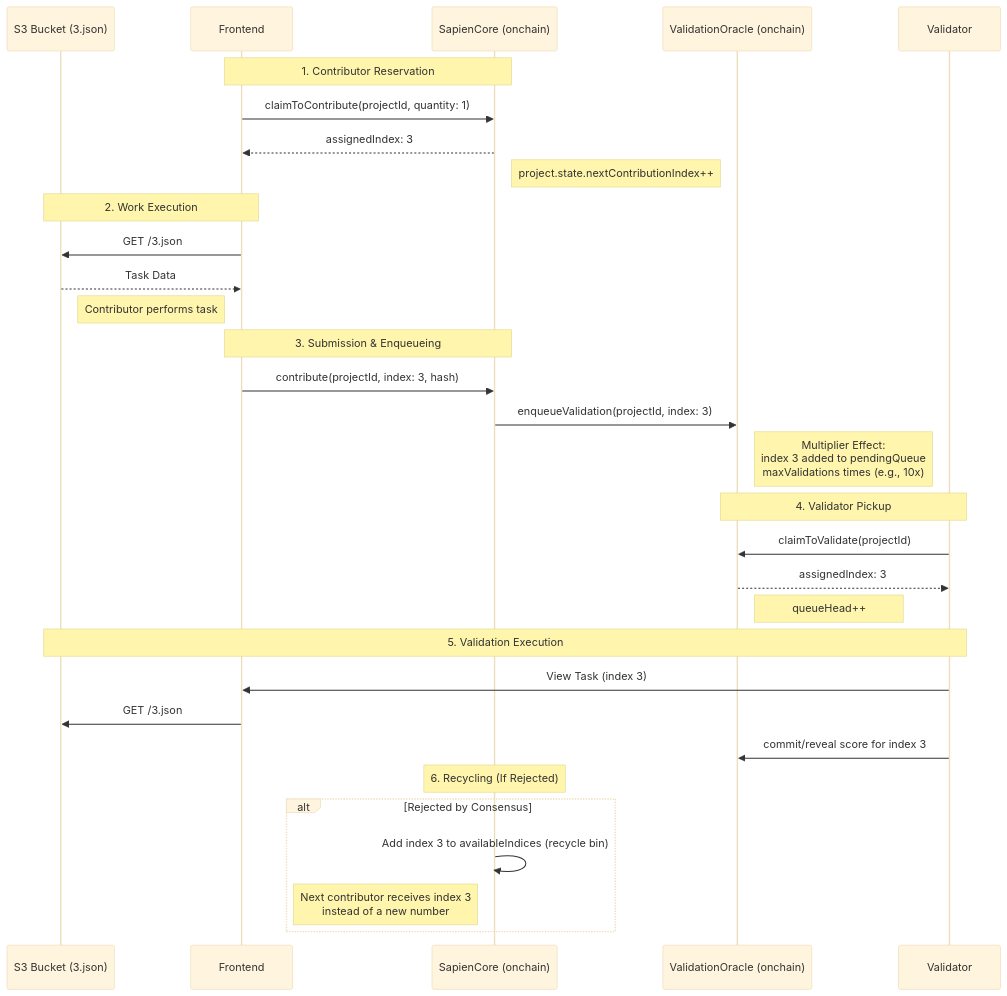
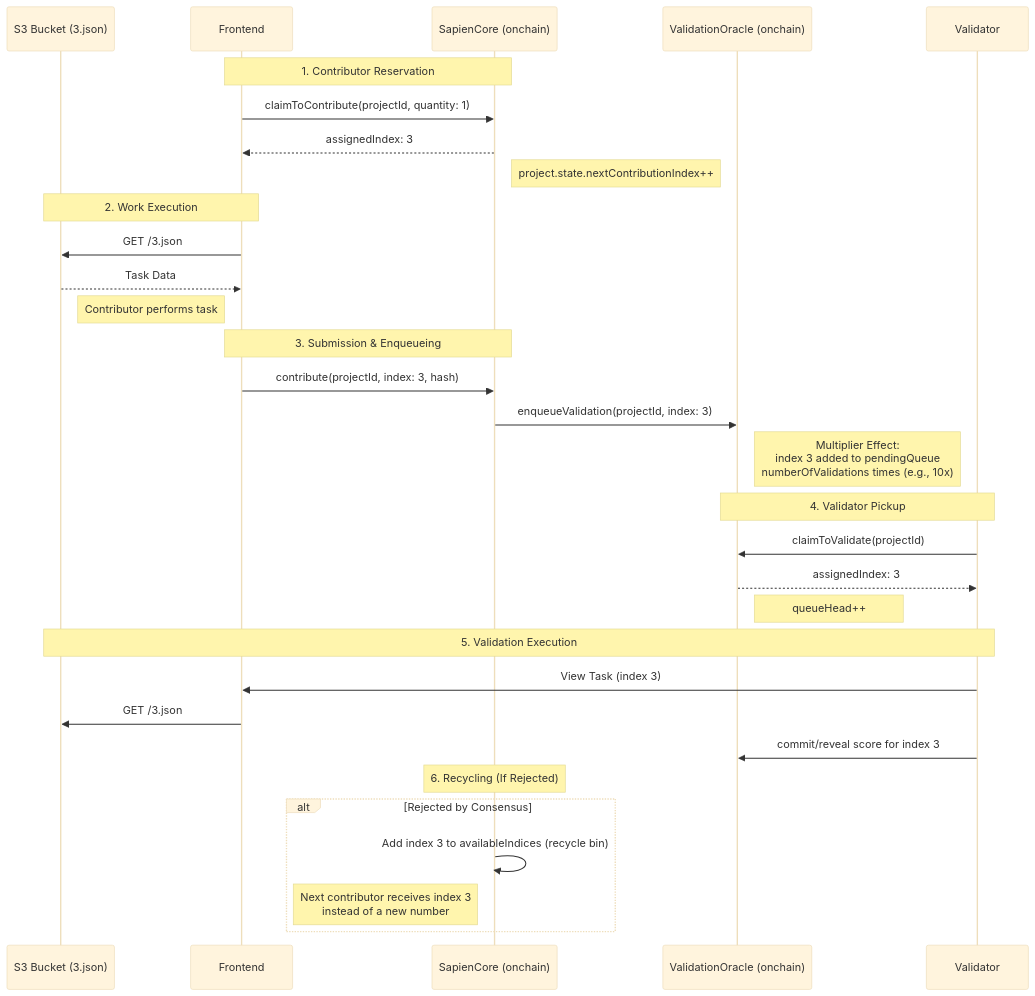
Before and after one commit to Sapien-io/sapien-contracts: the diagram in docs/architecture/index-lifecycle.md, drawn with Mermaid (base theme). The commit also changed other lines of this file and 114 other files, not shown here.

````diff
--- a/docs/architecture/index-lifecycle.md
+++ b/docs/architecture/index-lifecycle.md
@@ -11,39 +11,39 @@
 ```mermaid
 sequenceDiagram
     participant S3 as S3 Bucket (3.json)
     participant FE as Frontend
     participant SC as SapienCore (onchain)
     participant VO as ValidationOracle (onchain)
     participant V as Validator
 
     Note over FE, SC: 1. Contributor Reservation
     FE->>SC: claimToContribute(projectId, quantity: 1)
     SC-->>FE: assignedIndex: 3
     Note right of SC: project.state.nextContributionIndex++
 
     Note over FE, S3: 2. Work Execution
     FE->>S3: GET /3.json
     S3-->>FE: Task Data
     Note left of FE: Contributor performs task
 
     Note over FE, SC: 3. Submission & Enqueueing
     FE->>SC: contribute(projectId, index: 3, hash)
     SC->>VO: enqueueValidation(projectId, index: 3)
-    Note right of VO: Multiplier Effect:<br/>index 3 added to pendingQueue<br/>maxValidations times (e.g., 10x)
+    Note right of VO: Multiplier Effect:<br/>index 3 added to pendingQueue<br/>numberOfValidations times (e.g., 10x)
 
     Note over V, VO: 4. Validator Pickup
     V->>VO: claimToValidate(projectId)
     VO-->>V: assignedIndex: 3
     Note right of VO: queueHead++
 
     Note over V, S3: 5. Validation Execution
     V->>FE: View Task (index 3)
     FE->>S3: GET /3.json
     V->>VO: commit/reveal score for index 3
 
     Note over SC, SC: 6. Recycling (If Rejected)
     alt Rejected by Consensus
         SC->>SC: Add index 3 to availableIndices (recycle bin)
         Note left of SC: Next contributor receives index 3<br/>instead of a new number
     end
 ```
````
